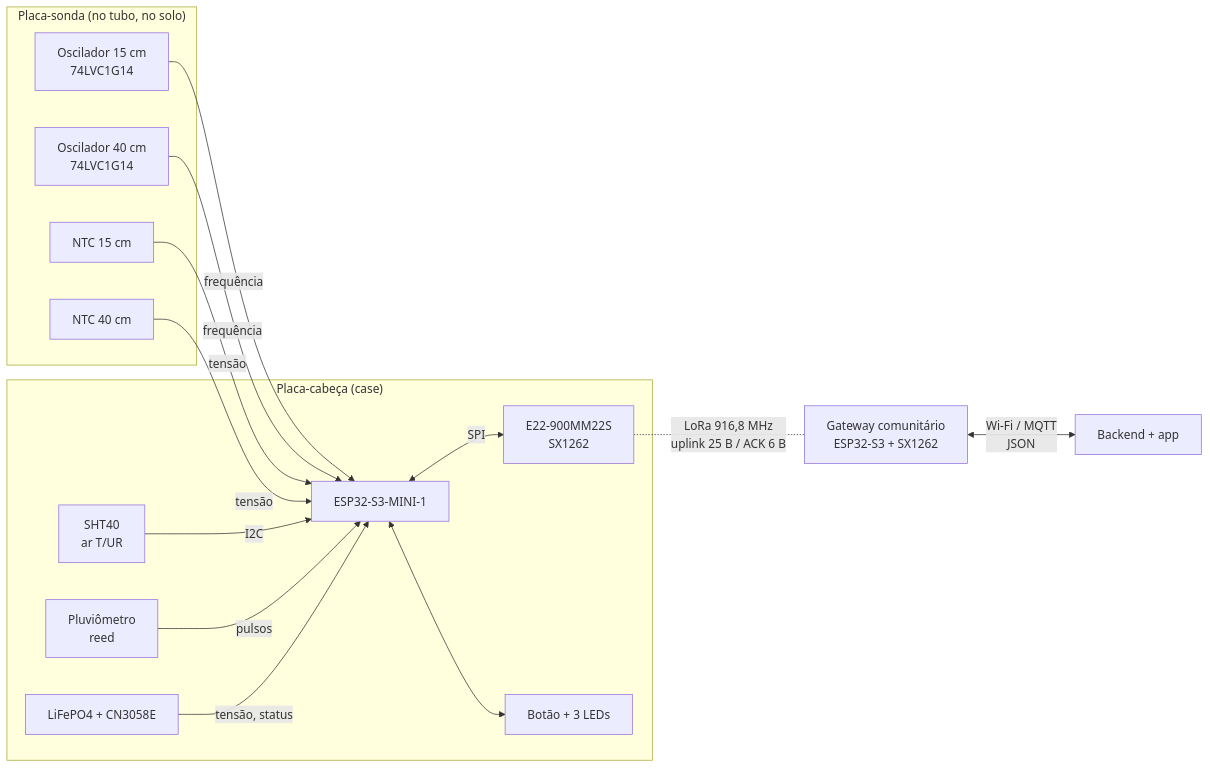
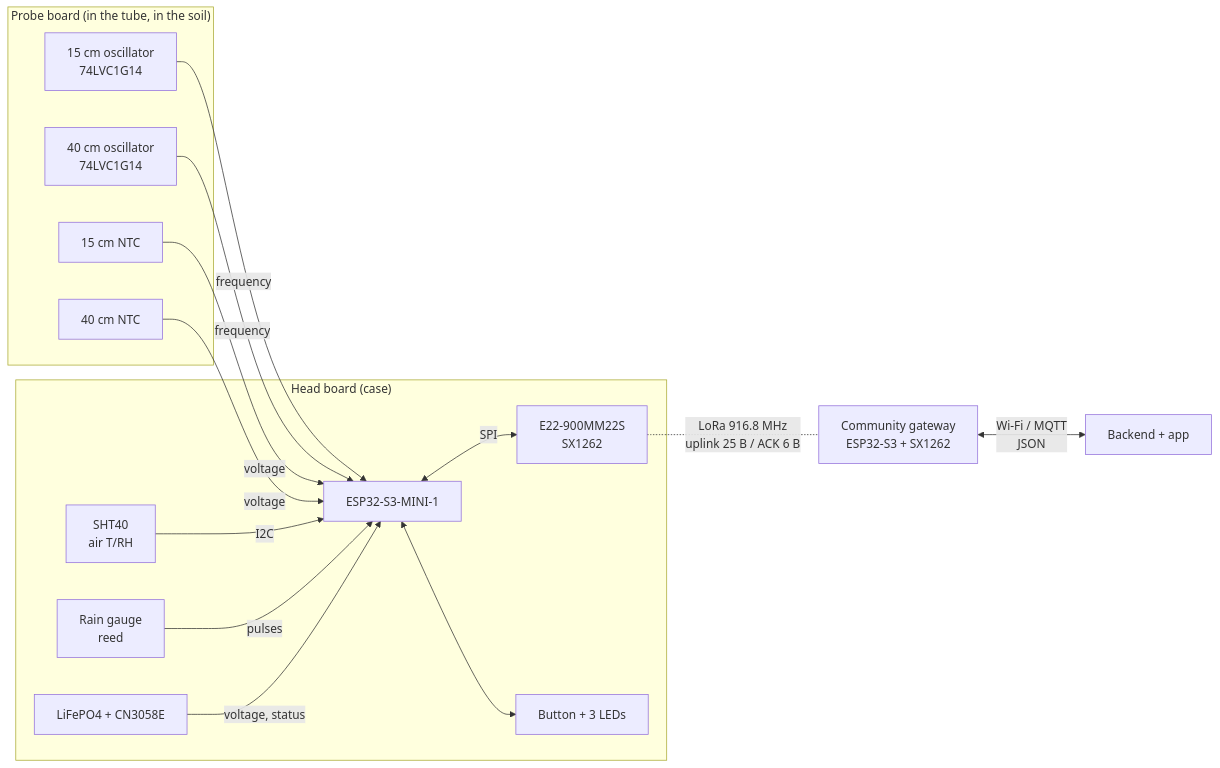
The first of 3 diagrams in docs/firmware.md (mauricioandreata/gaiapus), drawn with Mermaid before and after one commit. The commit also changed other lines of this file and 16 other files, not shown here.

````diff
--- a/docs/firmware.md
+++ b/docs/firmware.md
@@ -11,26 +11,26 @@
 ```mermaid
 flowchart LR
-    subgraph Sonda["Placa-sonda (no tubo, no solo)"]
-        O15["Oscilador 15 cm<br/>74LVC1G14"]
-        O40["Oscilador 40 cm<br/>74LVC1G14"]
-        N15["NTC 15 cm"]
-        N40["NTC 40 cm"]
+    subgraph Probe["Probe board (in the tube, in the soil)"]
+        O15["15 cm oscillator<br/>74LVC1G14"]
+        O40["40 cm oscillator<br/>74LVC1G14"]
+        N15["15 cm NTC"]
+        N40["40 cm NTC"]
     end
-    subgraph Cabeca["Placa-cabeça (case)"]
+    subgraph Head["Head board (case)"]
         MCU["ESP32-S3-MINI-1"]
-        SHT["SHT40<br/>ar T/UR"]
-        PLV["Pluviômetro<br/>reed"]
+        SHT["SHT40<br/>air T/RH"]
+        PLV["Rain gauge<br/>reed"]
         BAT["LiFePO4 + CN3058E"]
         LORA["E22-900MM22S<br/>SX1262"]
-        UI["Botão + 3 LEDs"]
+        UI["Button + 3 LEDs"]
     end
-    O15 & O40 -->|frequência| MCU
-    N15 & N40 -->|tensão| MCU
+    O15 & O40 -->|frequency| MCU
+    N15 & N40 -->|voltage| MCU
     SHT -->|I2C| MCU
-    PLV -->|pulsos| MCU
-    BAT -->|tensão, status| MCU
+    PLV -->|pulses| MCU
+    BAT -->|voltage, status| MCU
     MCU <--> UI
     MCU <-->|SPI| LORA
-    LORA -. "LoRa 916,8 MHz<br/>uplink 25 B / ACK 6 B" .- GW["Gateway comunitário<br/>ESP32-S3 + SX1262"]
+    LORA -. "LoRa 916.8 MHz<br/>uplink 25 B / ACK 6 B" .- GW["Community gateway<br/>ESP32-S3 + SX1262"]
     GW <-->|"Wi-Fi / MQTT<br/>JSON"| BK["Backend + app"]
 ```
````
